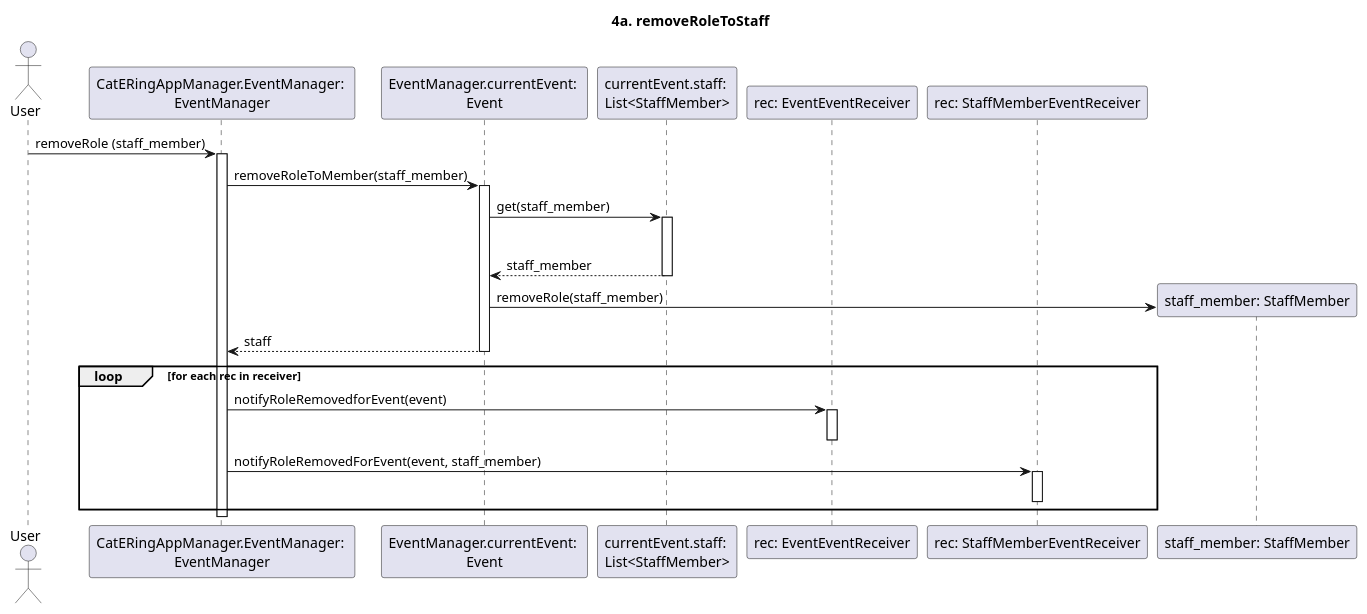
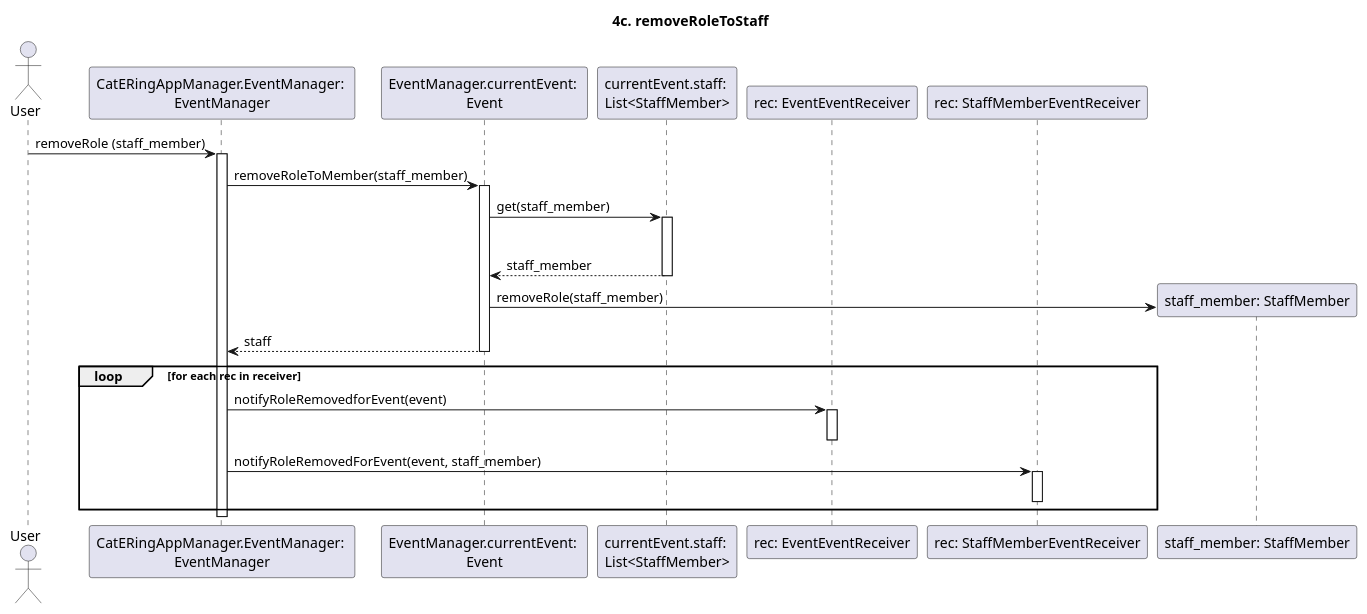
One commit to m0canu1/sas changed the diagram in dsd/dsd-eventi/estensioniEcc/4c-removeRoleFromStaff.md. Above: the diagram before and after it, drawn with PlantUML. The commit also changed 1 other file, not shown here.

Commit message:
modifiche nei numeri se no ci segano

````diff
--- a/dsd/dsd-eventi/estensioniEcc/4c-removeRoleFromStaff.md
+++ b/dsd/dsd-eventi/estensioniEcc/4c-removeRoleFromStaff.md
@@ -1,35 +1,35 @@
 ```plantuml
 
-title: 4a. removeRoleToStaff
+title: 4c. removeRoleToStaff
 
 Actor User
 Participant "CatERingAppManager.EventManager: \nEventManager" as EM
 Participant "EventManager.currentEvent: \nEvent" as E
 Participant "currentEvent.staff: \nList<StaffMember>" as SM
 Participant "rec: EventEventReceiver" as EER
 Participant "rec: StaffMemberEventReceiver" as SER
 User -> EM: removeRole (staff_member)
 Activate EM
     EM -> E: removeRoleToMember(staff_member)
     Activate E
        E -> SM: get(staff_member)
        Activate SM
        alt staff_member in staff
        SM --> E: staff_member
        Deactivate SM
        create "staff_member: StaffMember"
        E -> "staff_member: StaffMember": removeRole(staff_member)
        E --> EM: staff
     Deactivate E
     loop for each rec in receiver
        EM -> EER: notifyRoleRemovedforEvent(event)
        Activate EER
        Deactivate EER
 
     EM -> SER: notifyRoleRemovedForEvent(event, staff_member)
     Activate SER
     Deactivate SER
     end
 Deactivate EM
 
 ```
````
